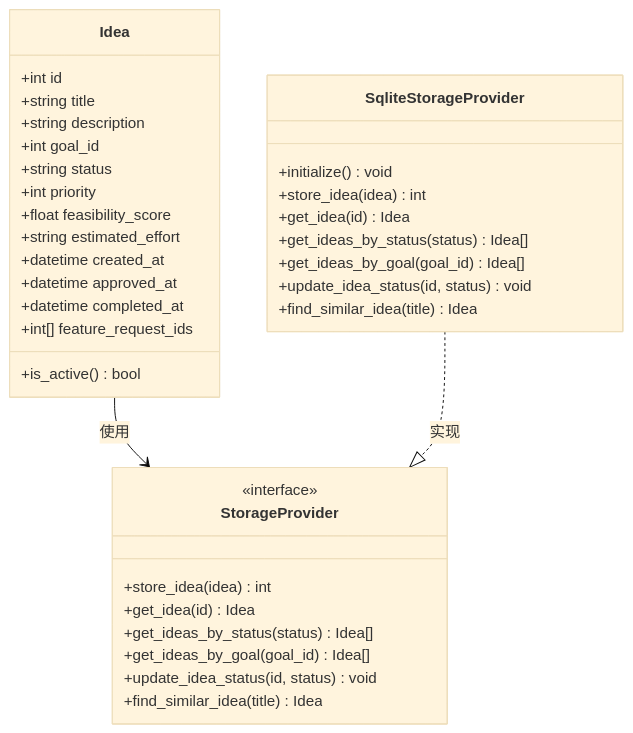
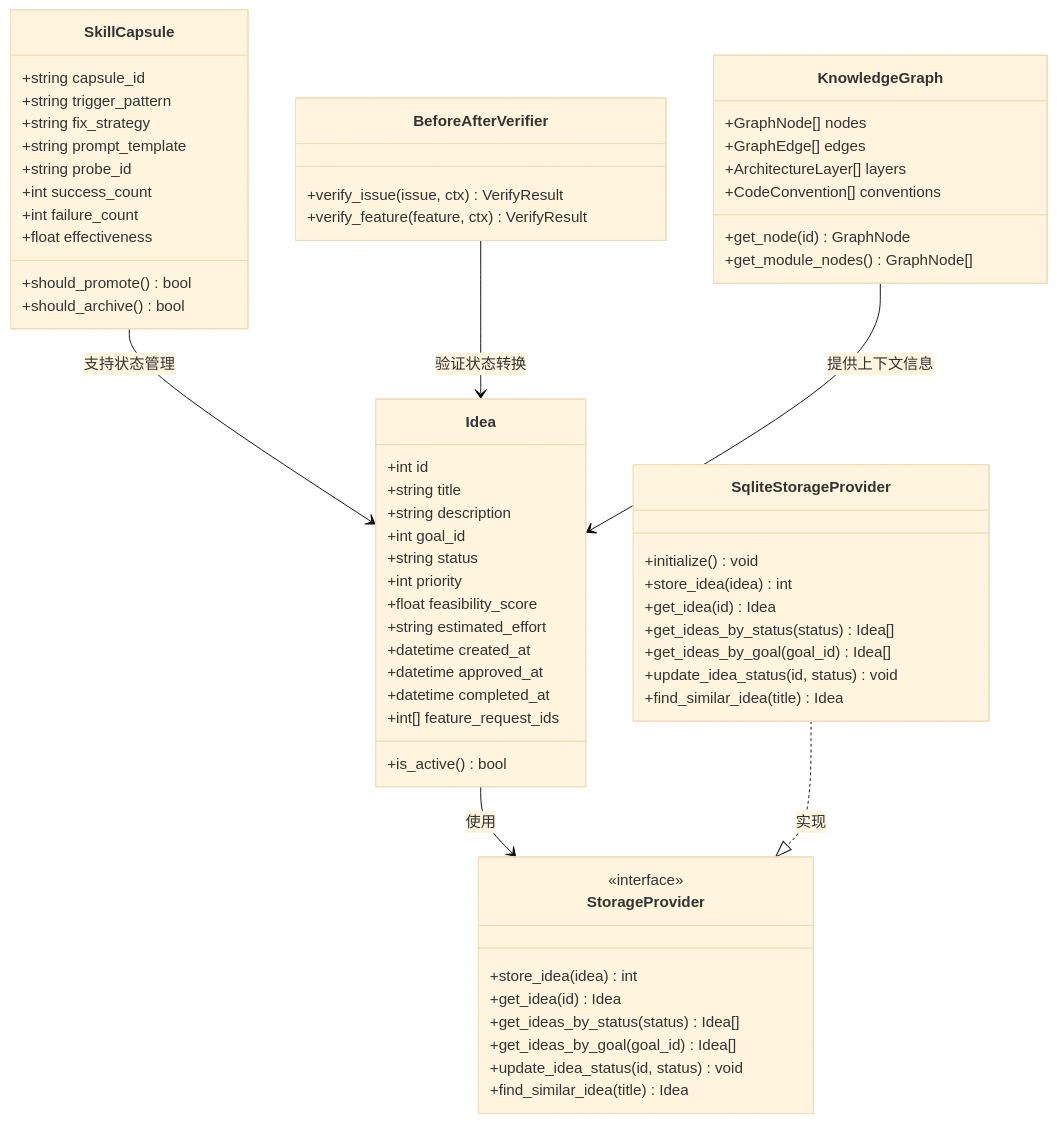
The fourth of 6 diagrams in .qoder/repowiki/zh/content/技术实现参考/Idea 模型系统.md (pinsonchen/vivify), drawn with Mermaid (base theme) before and after one commit. The commit also changed other lines of this file and 22 other files, not shown here.

````diff
--- a/.qoder/repowiki/zh/content/技术实现参考/Idea 模型系统.md
+++ b/.qoder/repowiki/zh/content/技术实现参考/Idea 模型系统.md
@@ -159,38 +223,65 @@
 ```mermaid
 classDiagram
 class Idea {
 +int id
 +string title
 +string description
 +int goal_id
 +string status
 +int priority
 +float feasibility_score
 +string estimated_effort
 +datetime created_at
 +datetime approved_at
 +datetime completed_at
 +int[] feature_request_ids
 +is_active() bool
 }
 class StorageProvider {
 <<interface>>
 +store_idea(idea) int
 +get_idea(id) Idea
 +get_ideas_by_status(status) Idea[]
 +get_ideas_by_goal(goal_id) Idea[]
 +update_idea_status(id, status) void
 +find_similar_idea(title) Idea
 }
 class SqliteStorageProvider {
 +initialize() void
 +store_idea(idea) int
 +get_idea(id) Idea
 +get_ideas_by_status(status) Idea[]
 +get_ideas_by_goal(goal_id) Idea[]
 +update_idea_status(id, status) void
 +find_similar_idea(title) Idea
 }
+class SkillCapsule {
++string capsule_id
++string trigger_pattern
++string fix_strategy
++string prompt_template
++string probe_id
++int success_count
++int failure_count
++float effectiveness
++should_promote() bool
++should_archive() bool
+}
+class BeforeAfterVerifier {
++verify_issue(issue, ctx) VerifyResult
++verify_feature(feature, ctx) VerifyResult
+}
+class KnowledgeGraph {
++GraphNode[] nodes
++GraphEdge[] edges
++ArchitectureLayer[] layers
++CodeConvention[] conventions
++get_node(id) GraphNode
++get_module_nodes() GraphNode[]
+}
 Idea --> StorageProvider : 使用
 SqliteStorageProvider ..|> StorageProvider : 实现
+SkillCapsule --> Idea : 支持状态管理
+BeforeAfterVerifier --> Idea : 验证状态转换
+KnowledgeGraph --> Idea : 提供上下文信息
 ```
````
